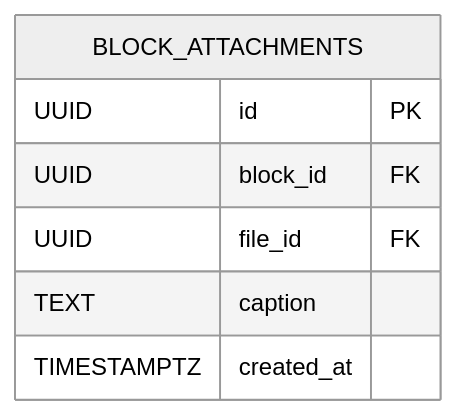
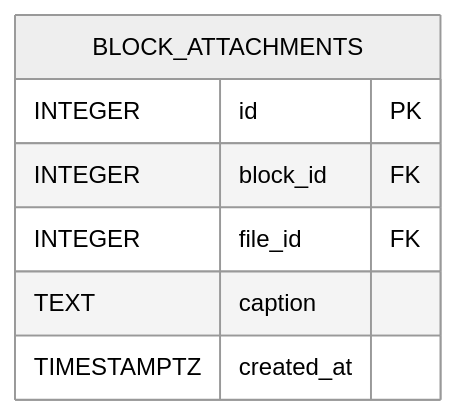
One commit to go-park-mail-ru/2025_2_FiveCode changed the seventh of 11 diagrams in db/normalized/relations.md. Above: the diagram before and after it, drawn with Mermaid (neutral theme). The commit also changed other lines of this file and 2 other files, not shown here.

Commit message:
add trigger, update er and relations

````diff
--- a/db/normalized/relations.md
+++ b/db/normalized/relations.md
@@ -207,10 +208,10 @@
 ```mermaid
 erDiagram
   BLOCK_ATTACHMENTS {
-    UUID id PK
-    UUID block_id FK
-    UUID file_id FK 
+    INTEGER id PK
+    INTEGER block_id FK
+    INTEGER file_id FK 
     TEXT caption
     TIMESTAMPTZ created_at
   }
 ```
````
